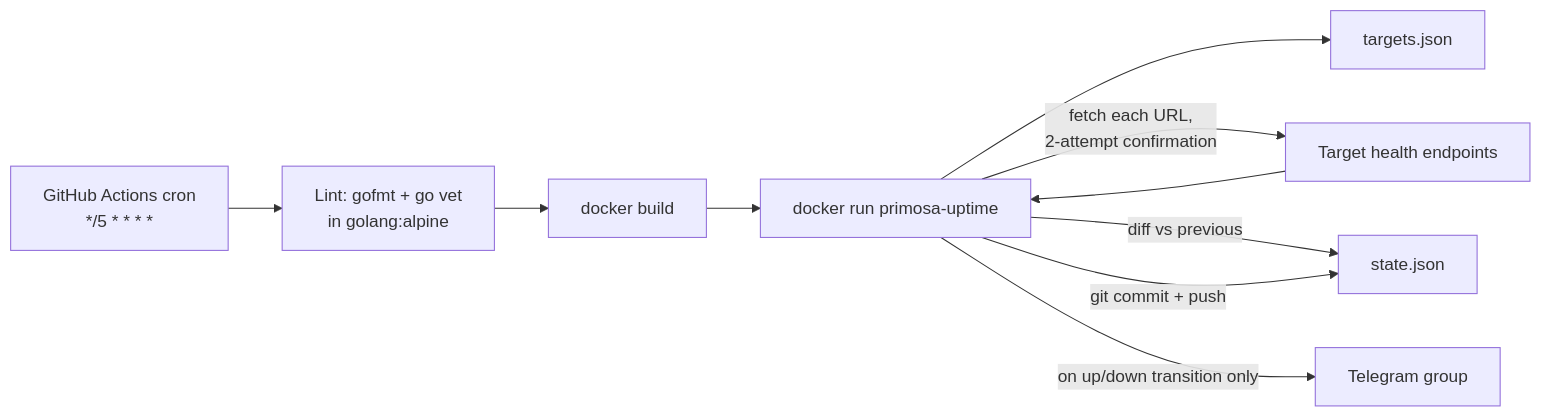
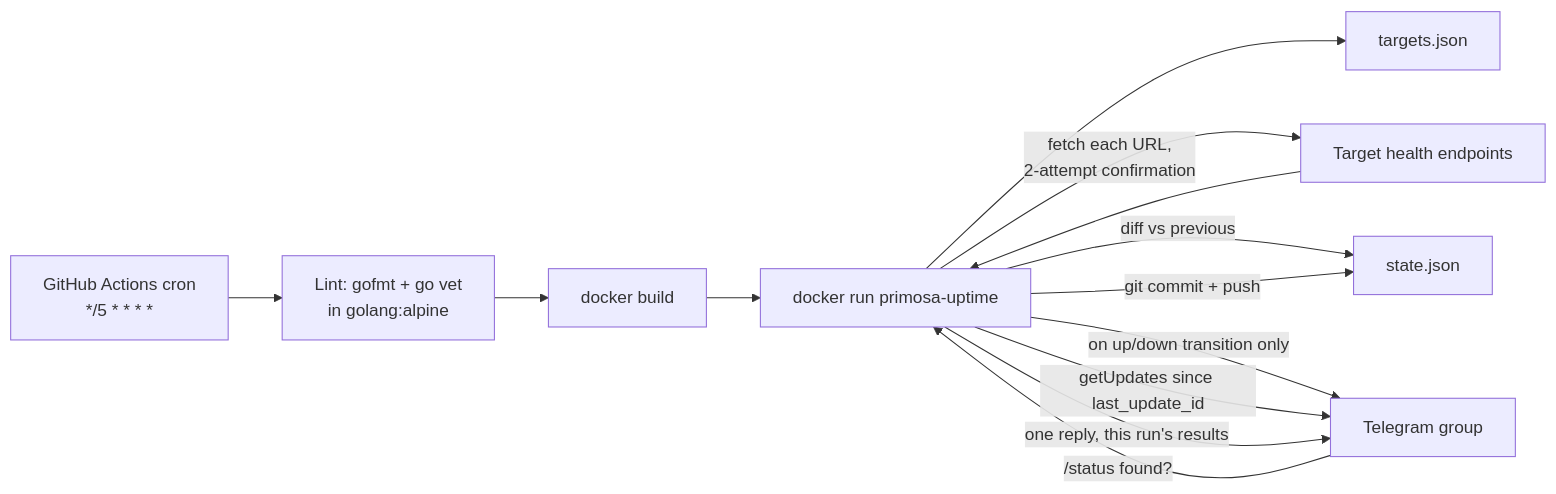
Before and after one commit to nickx720/primosa-uptime: the first of 2 diagrams in docs/002-architecture.md, drawn with Mermaid. The commit also changed other lines of this file and 5 other files, not shown here.

````diff
--- a/docs/002-architecture.md
+++ b/docs/002-architecture.md
@@ -9,12 +9,15 @@
 ```mermaid
 flowchart LR
     A[GitHub Actions cron<br/>*/5 * * * *] --> L[Lint: gofmt + go vet<br/>in golang:alpine]
     L --> B[docker build]
     B --> R[docker run primosa-uptime]
     R --> C[targets.json]
     R -->|fetch each URL,<br/>2-attempt confirmation| D[Target health endpoints]
     D --> R
     R -->|diff vs previous| E[state.json]
     R -->|on up/down transition only| F[Telegram group]
+    R -->|getUpdates since last_update_id| F
+    F -->|/status found?| R
+    R -->|one reply, this run's results| F
     R -->|git commit + push| E
 ```
````
